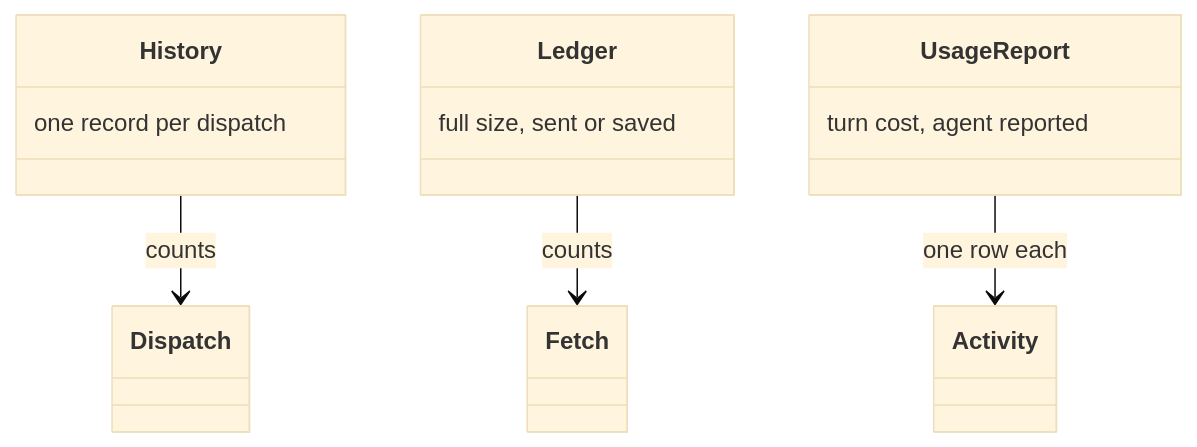
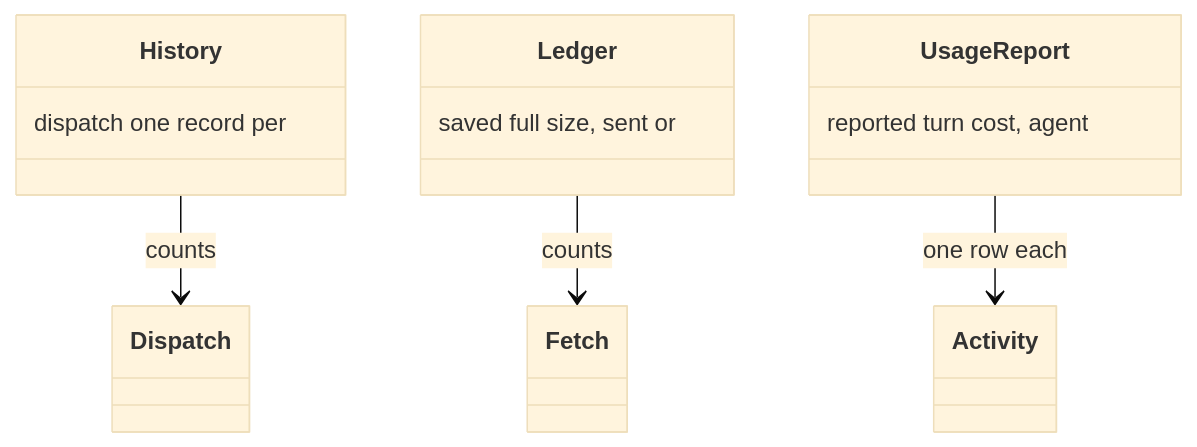
One commit to m2ux/workflow-server changed diagram 26 of 26 in docs/delivery.md. Above: the diagram before and after it, drawn with Mermaid (base theme). The commit also changed other lines of this file and 13 other files, not shown here.

````diff
--- a/docs/delivery.md
+++ b/docs/delivery.md
@@ -453,18 +453,18 @@
 ```mermaid
 classDiagram
   class History {
-    one record per dispatch
+    dispatch one record per
   }
   class Ledger {
-    full size, sent or saved
+    saved full size, sent or
   }
   class UsageReport {
-    turn cost, agent reported
+    reported turn cost, agent
   }
   class Dispatch
   class Fetch
   class Activity
   History --> Dispatch : counts
   Ledger --> Fetch : counts
   UsageReport --> Activity : one row each
 ```
````
